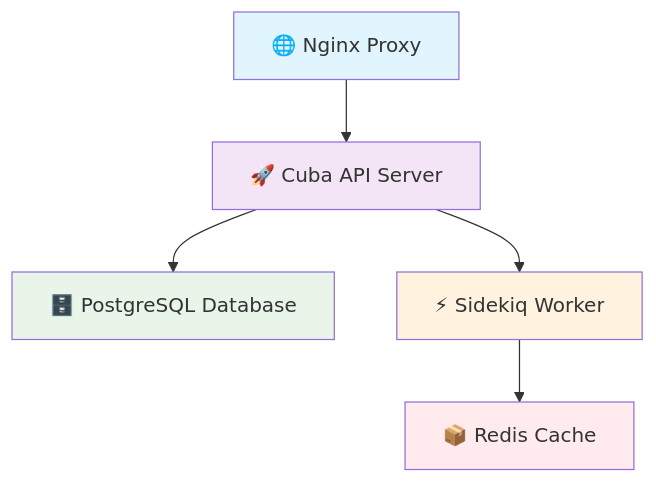
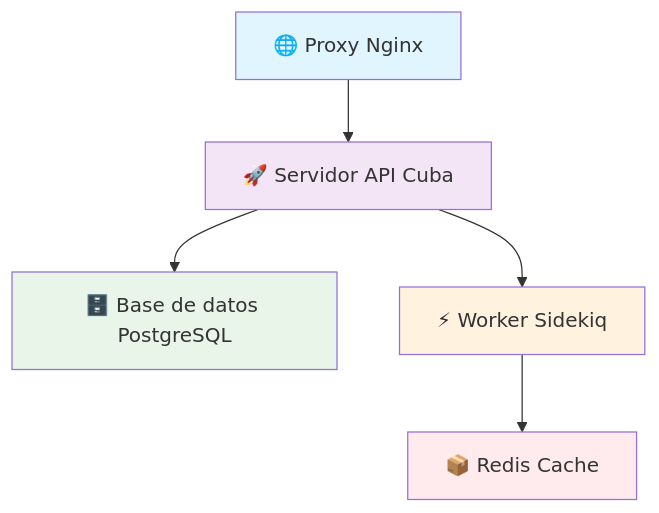
One commit to MartinLupa/fudo-backend-challenge changed the first of 2 diagrams in README.md. Above: the diagram before and after it, drawn with Mermaid. The commit also changed other lines of this file and 8 other files, not shown here.

````diff
--- a/README.md
+++ b/README.md
@@ -23,13 +23,13 @@
 ```mermaid
 graph TD
-    A["🌐 Nginx Proxy"] --> B["🚀 Cuba API Server"]
-    B --> C["🗄️ PostgreSQL Database"]
-    B --> D["⚡ Sidekiq Worker"]
+    A["🌐 Proxy Nginx"] --> B["🚀 Servidor API Cuba"]
+    B --> C["🗄️ Base de datos PostgreSQL"]
+    B --> D["⚡ Worker Sidekiq"]
     D --> E["📦 Redis Cache"]
-    
+
     style A fill:#e1f5fe
     style B fill:#f3e5f5
     style C fill:#e8f5e8
     style D fill:#fff3e0
     style E fill:#ffebee
 ```
````
